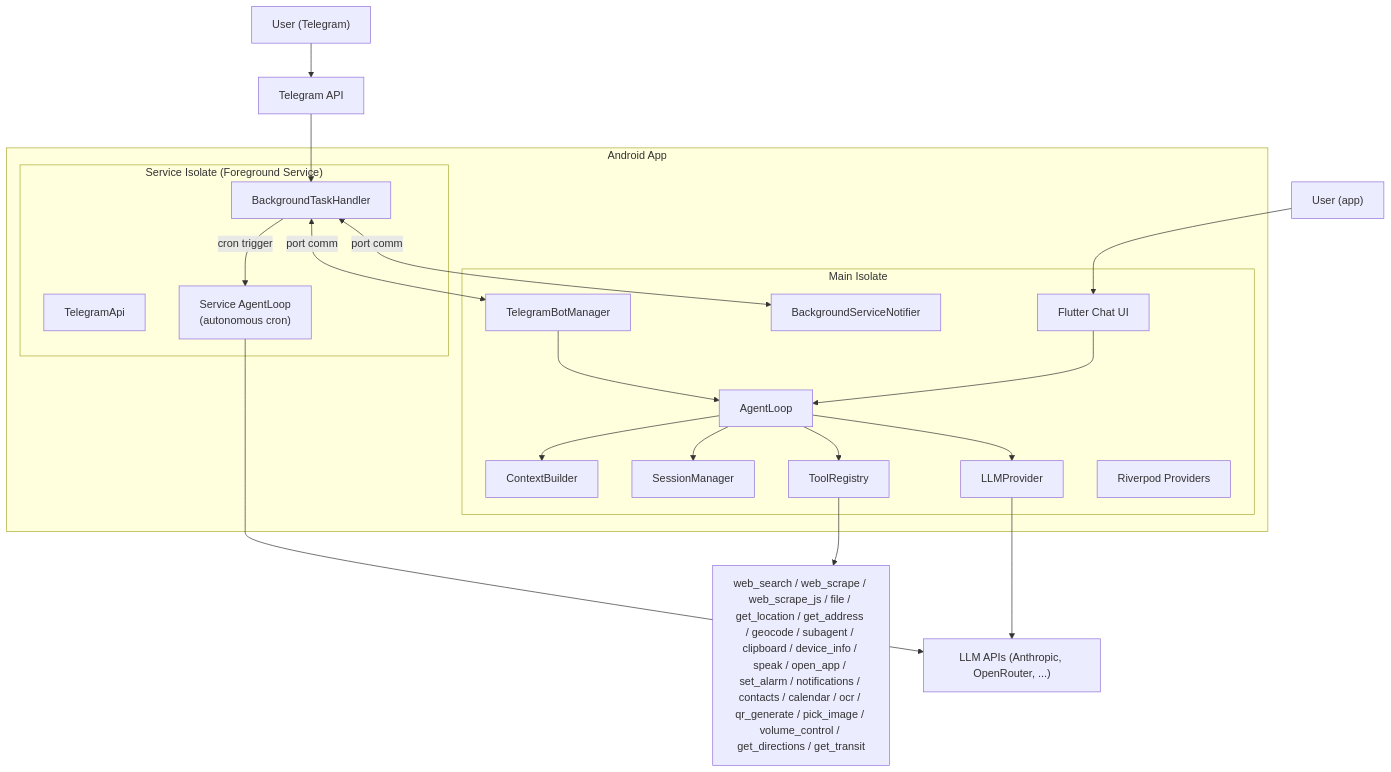
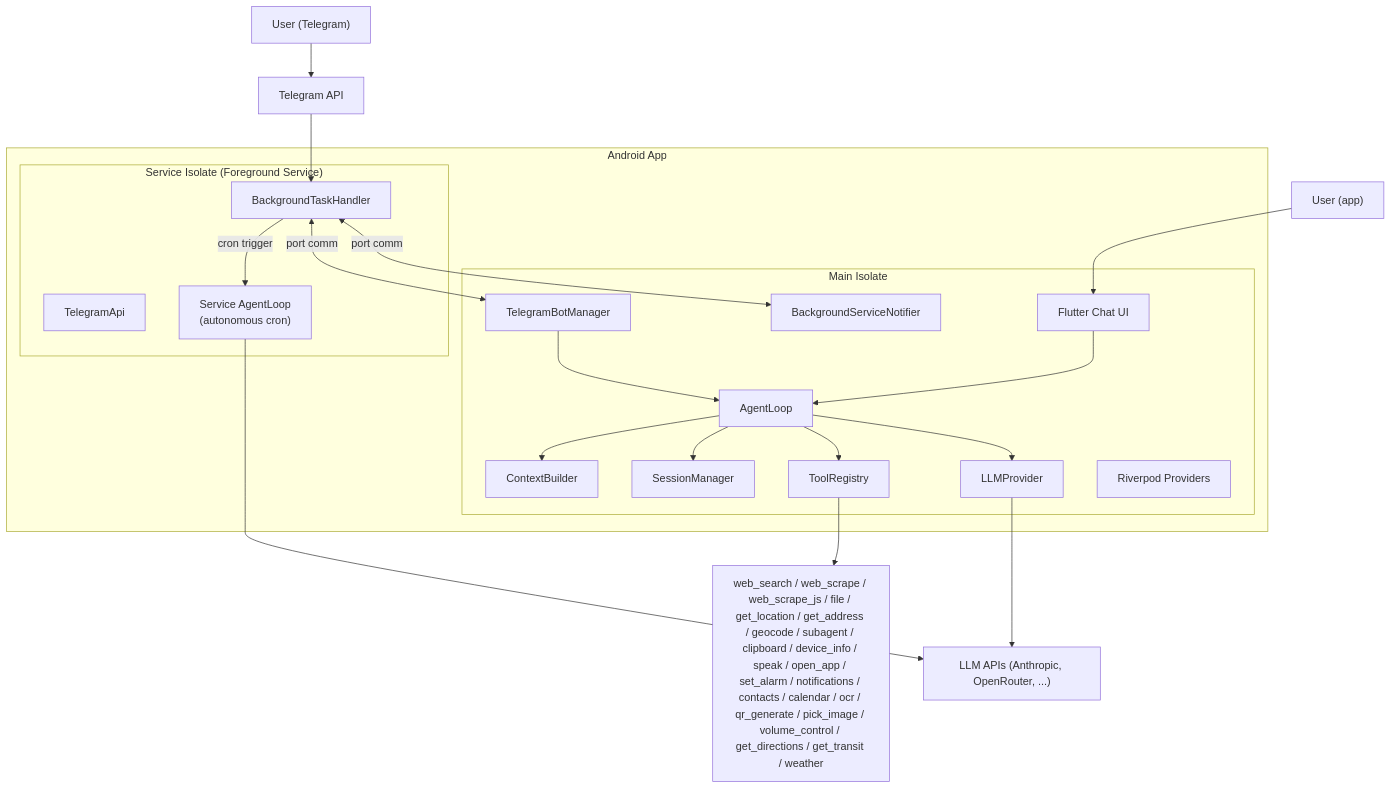
Before and after one commit to dgirard/droidclaw: the first of 3 diagrams in README.md, drawn with Mermaid. The commit also changed other lines of this file and 5 other files, not shown here.

First line of the commit message:
feat: add weather tool (Open-Meteo with Météo-France AROME/ARPEGE models)

````diff
--- a/README.md
+++ b/README.md
@@ -57,37 +57,37 @@
 ```mermaid
 graph TB
     subgraph "Android App"
         subgraph "Main Isolate"
             UI["Flutter Chat UI"]
             TM["TelegramBotManager"]
             BG["BackgroundServiceNotifier"]
             AL["AgentLoop"]
             CB["ContextBuilder"]
             SM["SessionManager"]
             TR["ToolRegistry"]
             LP["LLMProvider"]
             RP["Riverpod Providers"]
         end
         subgraph "Service Isolate (Foreground Service)"
             BTH["BackgroundTaskHandler"]
             TA["TelegramApi"]
             SAL["Service AgentLoop\n(autonomous cron)"]
         end
     end
 
     User1["User (app)"] --> UI
     User2["User (Telegram)"] --> TG["Telegram API"]
     TG --> BTH
     BTH <-->|"port comm"| BG
     BTH <-->|"port comm"| TM
     BTH -->|"cron trigger"| SAL
     UI --> AL
     TM --> AL
     AL --> LP
     AL --> TR
     AL --> SM
     AL --> CB
     SAL --> LLM
     LP --> LLM["LLM APIs (Anthropic, OpenRouter, ...)"]
-    TR --> Tools["web_search / web_scrape / web_scrape_js / file / get_location / get_address / geocode / subagent / clipboard / device_info / speak / open_app / set_alarm / notifications / contacts / calendar / ocr / qr_generate / pick_image / volume_control / get_directions / get_transit"]
+    TR --> Tools["web_search / web_scrape / web_scrape_js / file / get_location / get_address / geocode / subagent / clipboard / device_info / speak / open_app / set_alarm / notifications / contacts / calendar / ocr / qr_generate / pick_image / volume_control / get_directions / get_transit / weather"]
 ```
````
